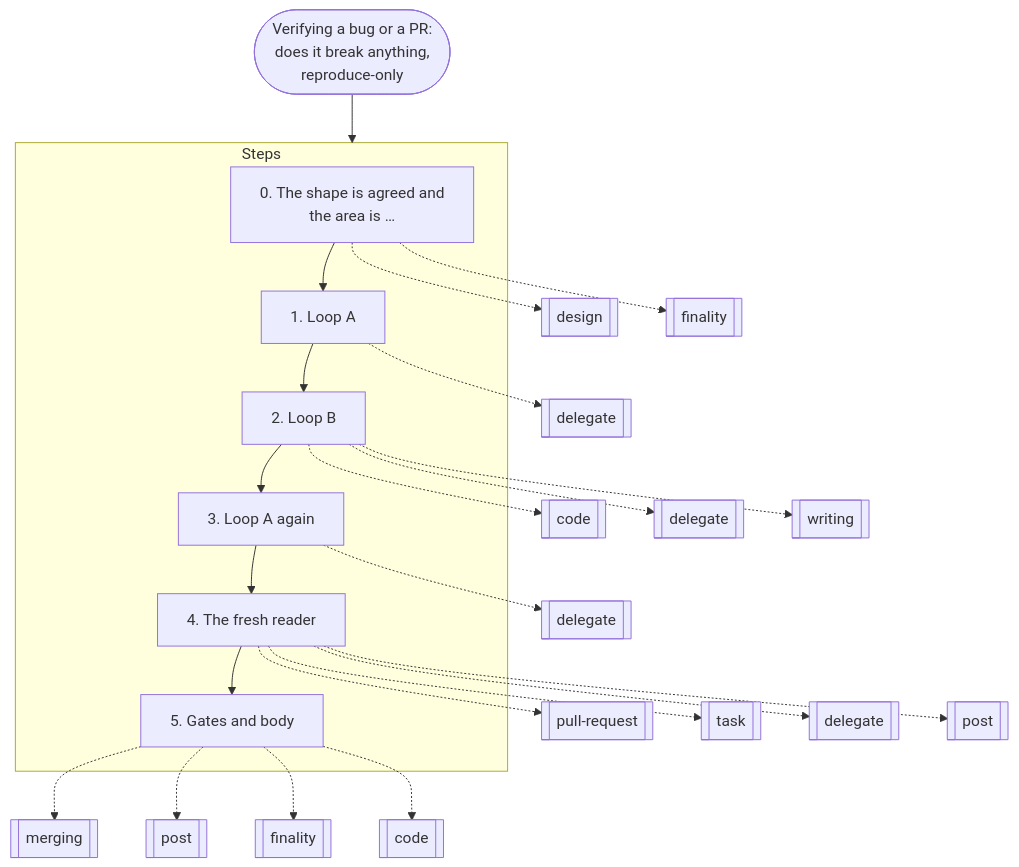
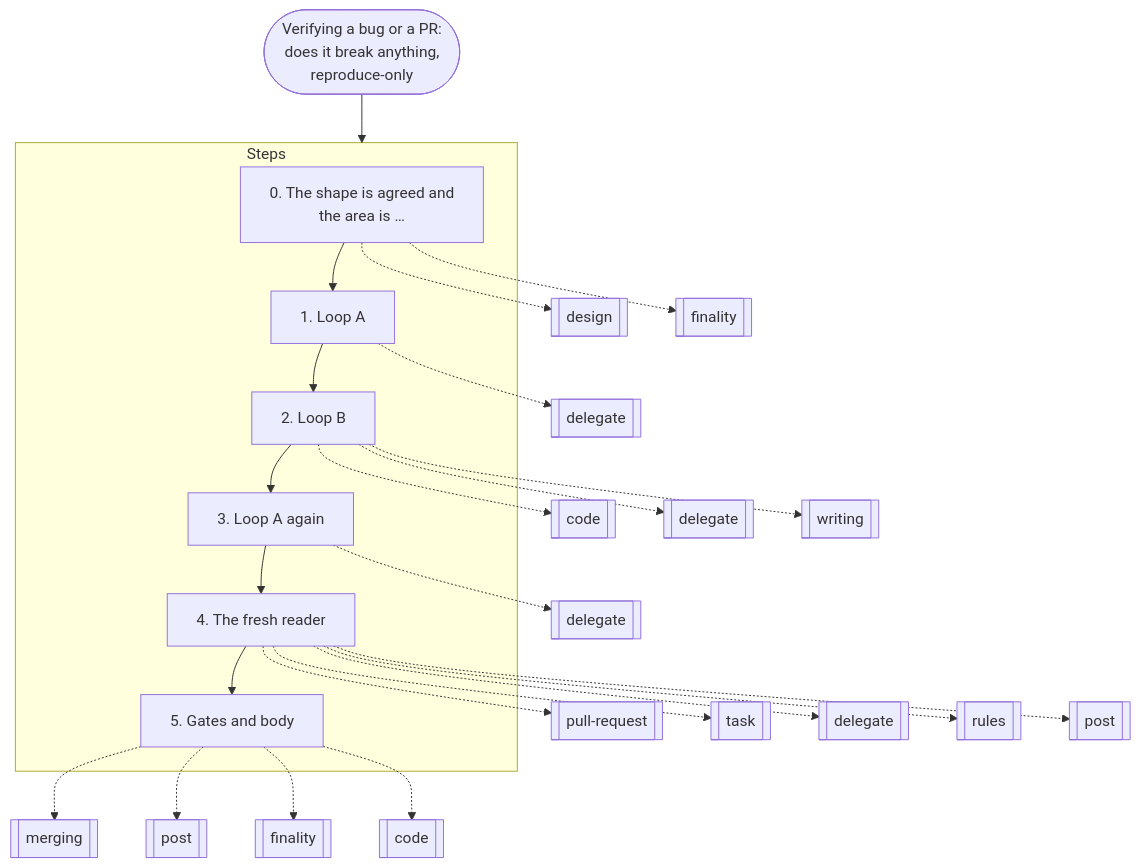
Diagram 12 of 19 in docs/graphs.md (nitedani-agent/mergeworthy), drawn with Mermaid before and after one commit. The commit also changed other lines of this file and 13 other files, not shown here.

````diff
--- a/docs/graphs.md
+++ b/docs/graphs.md
@@ -329,33 +330,34 @@
 ```mermaid
 flowchart TB
   start(["Verifying a bug or a PR:<br/>does it break anything,<br/>reproduce-only"])
   subgraph g0["Steps"]
     s0["0. The shape is agreed and<br/>the area is …"]
     s1["1. Loop A"]
     s0 --> s1
     s2["2. Loop B"]
     s1 --> s2
     s3["3. Loop A again"]
     s2 --> s3
     s4["4. The fresh reader"]
     s3 --> s4
     s5["5. Gates and body"]
     s4 --> s5
   end
   s0 -.-> r1[["design"]]
   s0 -.-> r2[["finality"]]
   s1 -.-> r3[["delegate"]]
   s2 -.-> r4[["code"]]
   s2 -.-> r5[["delegate"]]
   s2 -.-> r6[["writing"]]
   s3 -.-> r7[["delegate"]]
   s4 -.-> r8[["pull-request"]]
   s4 -.-> r9[["task"]]
   s4 -.-> r10[["delegate"]]
-  s4 -.-> r11[["post"]]
-  s5 -.-> r12[["merging"]]
-  s5 -.-> r13[["post"]]
-  s5 -.-> r14[["finality"]]
-  s5 -.-> r15[["code"]]
+  s4 -.-> r11[["rules"]]
+  s4 -.-> r12[["post"]]
+  s5 -.-> r13[["merging"]]
+  s5 -.-> r14[["post"]]
+  s5 -.-> r15[["finality"]]
+  s5 -.-> r16[["code"]]
   start --> g0
 ```
````
